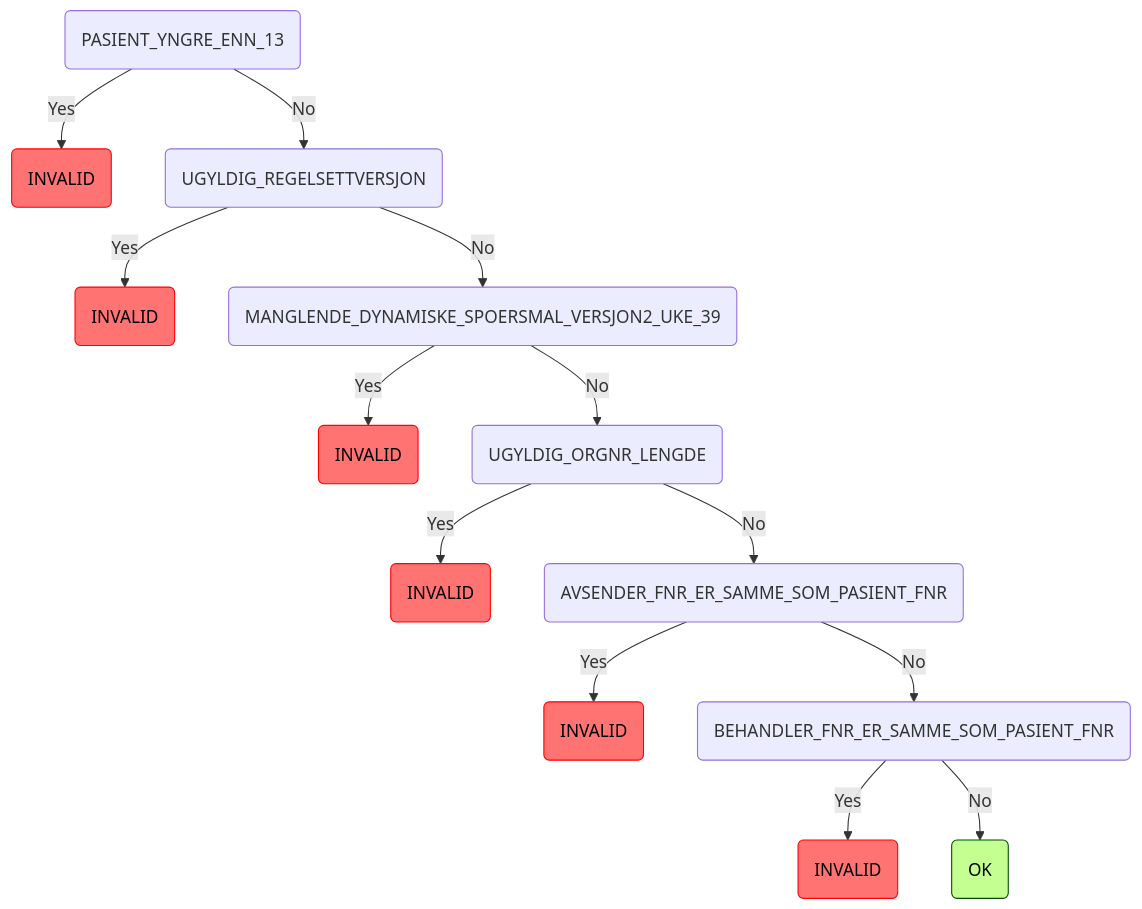
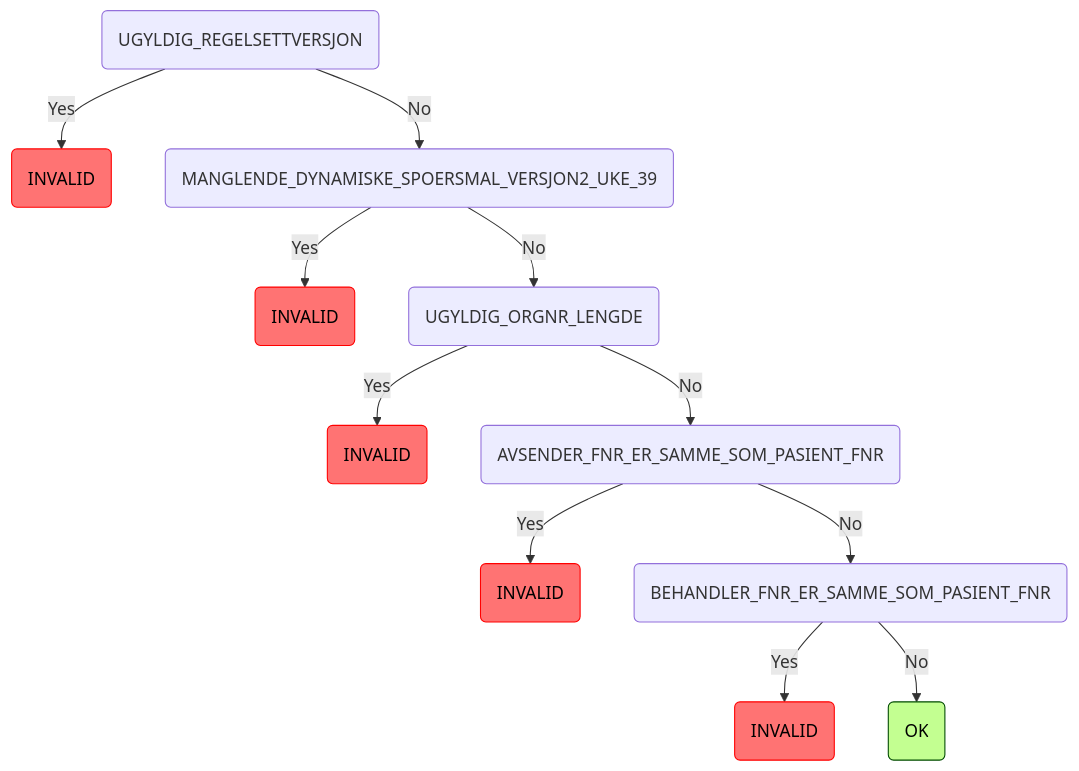
The fifth of 9 diagrams in README.md (navikt/syfosmregler), drawn with Mermaid before and after one commit. The commit also changed 10 other files, not shown here.

````diff
--- a/README.md
+++ b/README.md
@@ -122,18 +122,16 @@
 ```mermaid
 graph TD
-    root(PASIENT_YNGRE_ENN_13) -->|Yes| root_PASIENT_YNGRE_ENN_13_INVALID(INVALID):::invalid
-    root(PASIENT_YNGRE_ENN_13) -->|No| root_PASIENT_YNGRE_ENN_13_UGYLDIG_REGELSETTVERSJON(UGYLDIG_REGELSETTVERSJON)
-    root_PASIENT_YNGRE_ENN_13_UGYLDIG_REGELSETTVERSJON(UGYLDIG_REGELSETTVERSJON) -->|Yes| root_PASIENT_YNGRE_ENN_13_UGYLDIG_REGELSETTVERSJON_INVALID(INVALID):::invalid
-    root_PASIENT_YNGRE_ENN_13_UGYLDIG_REGELSETTVERSJON(UGYLDIG_REGELSETTVERSJON) -->|No| root_PASIENT_YNGRE_ENN_13_UGYLDIG_REGELSETTVERSJON_MANGLENDE_DYNAMISKE_SPOERSMAL_VERSJON2_UKE_39(MANGLENDE_DYNAMISKE_SPOERSMAL_VERSJON2_UKE_39)
-    root_PASIENT_YNGRE_ENN_13_UGYLDIG_REGELSETTVERSJON_MANGLENDE_DYNAMISKE_SPOERSMAL_VERSJON2_UKE_39(MANGLENDE_DYNAMISKE_SPOERSMAL_VERSJON2_UKE_39) -->|Yes| root_PASIENT_YNGRE_ENN_13_UGYLDIG_REGELSETTVERSJON_MANGLENDE_DYNAMISKE_SPOERSMAL_VERSJON2_UKE_39_INVALID(INVALID):::invalid
-    root_PASIENT_YNGRE_ENN_13_UGYLDIG_REGELSETTVERSJON_MANGLENDE_DYNAMISKE_SPOERSMAL_VERSJON2_UKE_39(MANGLENDE_DYNAMISKE_SPOERSMAL_VERSJON2_UKE_39) -->|No| root_PASIENT_YNGRE_ENN_13_UGYLDIG_REGELSETTVERSJON_MANGLENDE_DYNAMISKE_SPOERSMAL_VERSJON2_UKE_39_UGYLDIG_ORGNR_LENGDE(UGYLDIG_ORGNR_LENGDE)
-    root_PASIENT_YNGRE_ENN_13_UGYLDIG_REGELSETTVERSJON_MANGLENDE_DYNAMISKE_SPOERSMAL_VERSJON2_UKE_39_UGYLDIG_ORGNR_LENGDE(UGYLDIG_ORGNR_LENGDE) -->|Yes| root_PASIENT_YNGRE_ENN_13_UGYLDIG_REGELSETTVERSJON_MANGLENDE_DYNAMISKE_SPOERSMAL_VERSJON2_UKE_39_UGYLDIG_ORGNR_LENGDE_INVALID(INVALID):::invalid
-    root_PASIENT_YNGRE_ENN_13_UGYLDIG_REGELSETTVERSJON_MANGLENDE_DYNAMISKE_SPOERSMAL_VERSJON2_UKE_39_UGYLDIG_ORGNR_LENGDE(UGYLDIG_ORGNR_LENGDE) -->|No| root_PASIENT_YNGRE_ENN_13_UGYLDIG_REGELSETTVERSJON_MANGLENDE_DYNAMISKE_SPOERSMAL_VERSJON2_UKE_39_UGYLDIG_ORGNR_LENGDE_AVSENDER_FNR_ER_SAMME_SOM_PASIENT_FNR(AVSENDER_FNR_ER_SAMME_SOM_PASIENT_FNR)
-    root_PASIENT_YNGRE_ENN_13_UGYLDIG_REGELSETTVERSJON_MANGLENDE_DYNAMISKE_SPOERSMAL_VERSJON2_UKE_39_UGYLDIG_ORGNR_LENGDE_AVSENDER_FNR_ER_SAMME_SOM_PASIENT_FNR(AVSENDER_FNR_ER_SAMME_SOM_PASIENT_FNR) -->|Yes| root_PASIENT_YNGRE_ENN_13_UGYLDIG_REGELSETTVERSJON_MANGLENDE_DYNAMISKE_SPOERSMAL_VERSJON2_UKE_39_UGYLDIG_ORGNR_LENGDE_AVSENDER_FNR_ER_SAMME_SOM_PASIENT_FNR_INVALID(INVALID):::invalid
-    root_PASIENT_YNGRE_ENN_13_UGYLDIG_REGELSETTVERSJON_MANGLENDE_DYNAMISKE_SPOERSMAL_VERSJON2_UKE_39_UGYLDIG_ORGNR_LENGDE_AVSENDER_FNR_ER_SAMME_SOM_PASIENT_FNR(AVSENDER_FNR_ER_SAMME_SOM_PASIENT_FNR) -->|No| root_PASIENT_YNGRE_ENN_13_UGYLDIG_REGELSETTVERSJON_MANGLENDE_DYNAMISKE_SPOERSMAL_VERSJON2_UKE_39_UGYLDIG_ORGNR_LENGDE_AVSENDER_FNR_ER_SAMME_SOM_PASIENT_FNR_BEHANDLER_FNR_ER_SAMME_SOM_PASIENT_FNR(BEHANDLER_FNR_ER_SAMME_SOM_PASIENT_FNR)
-    root_PASIENT_YNGRE_ENN_13_UGYLDIG_REGELSETTVERSJON_MANGLENDE_DYNAMISKE_SPOERSMAL_VERSJON2_UKE_39_UGYLDIG_ORGNR_LENGDE_AVSENDER_FNR_ER_SAMME_SOM_PASIENT_FNR_BEHANDLER_FNR_ER_SAMME_SOM_PASIENT_FNR(BEHANDLER_FNR_ER_SAMME_SOM_PASIENT_FNR) -->|Yes| root_PASIENT_YNGRE_ENN_13_UGYLDIG_REGELSETTVERSJON_MANGLENDE_DYNAMISKE_SPOERSMAL_VERSJON2_UKE_39_UGYLDIG_ORGNR_LENGDE_AVSENDER_FNR_ER_SAMME_SOM_PASIENT_FNR_BEHANDLER_FNR_ER_SAMME_SOM_PASIENT_FNR_INVALID(INVALID):::invalid
-    root_PASIENT_YNGRE_ENN_13_UGYLDIG_REGELSETTVERSJON_MANGLENDE_DYNAMISKE_SPOERSMAL_VERSJON2_UKE_39_UGYLDIG_ORGNR_LENGDE_AVSENDER_FNR_ER_SAMME_SOM_PASIENT_FNR_BEHANDLER_FNR_ER_SAMME_SOM_PASIENT_FNR(BEHANDLER_FNR_ER_SAMME_SOM_PASIENT_FNR) -->|No| root_PASIENT_YNGRE_ENN_13_UGYLDIG_REGELSETTVERSJON_MANGLENDE_DYNAMISKE_SPOERSMAL_VERSJON2_UKE_39_UGYLDIG_ORGNR_LENGDE_AVSENDER_FNR_ER_SAMME_SOM_PASIENT_FNR_BEHANDLER_FNR_ER_SAMME_SOM_PASIENT_FNR_OK(OK):::ok
+    root(UGYLDIG_REGELSETTVERSJON) -->|Yes| root_UGYLDIG_REGELSETTVERSJON_INVALID(INVALID):::invalid
+    root(UGYLDIG_REGELSETTVERSJON) -->|No| root_UGYLDIG_REGELSETTVERSJON_MANGLENDE_DYNAMISKE_SPOERSMAL_VERSJON2_UKE_39(MANGLENDE_DYNAMISKE_SPOERSMAL_VERSJON2_UKE_39)
+    root_UGYLDIG_REGELSETTVERSJON_MANGLENDE_DYNAMISKE_SPOERSMAL_VERSJON2_UKE_39(MANGLENDE_DYNAMISKE_SPOERSMAL_VERSJON2_UKE_39) -->|Yes| root_UGYLDIG_REGELSETTVERSJON_MANGLENDE_DYNAMISKE_SPOERSMAL_VERSJON2_UKE_39_INVALID(INVALID):::invalid
+    root_UGYLDIG_REGELSETTVERSJON_MANGLENDE_DYNAMISKE_SPOERSMAL_VERSJON2_UKE_39(MANGLENDE_DYNAMISKE_SPOERSMAL_VERSJON2_UKE_39) -->|No| root_UGYLDIG_REGELSETTVERSJON_MANGLENDE_DYNAMISKE_SPOERSMAL_VERSJON2_UKE_39_UGYLDIG_ORGNR_LENGDE(UGYLDIG_ORGNR_LENGDE)
+    root_UGYLDIG_REGELSETTVERSJON_MANGLENDE_DYNAMISKE_SPOERSMAL_VERSJON2_UKE_39_UGYLDIG_ORGNR_LENGDE(UGYLDIG_ORGNR_LENGDE) -->|Yes| root_UGYLDIG_REGELSETTVERSJON_MANGLENDE_DYNAMISKE_SPOERSMAL_VERSJON2_UKE_39_UGYLDIG_ORGNR_LENGDE_INVALID(INVALID):::invalid
+    root_UGYLDIG_REGELSETTVERSJON_MANGLENDE_DYNAMISKE_SPOERSMAL_VERSJON2_UKE_39_UGYLDIG_ORGNR_LENGDE(UGYLDIG_ORGNR_LENGDE) -->|No| root_UGYLDIG_REGELSETTVERSJON_MANGLENDE_DYNAMISKE_SPOERSMAL_VERSJON2_UKE_39_UGYLDIG_ORGNR_LENGDE_AVSENDER_FNR_ER_SAMME_SOM_PASIENT_FNR(AVSENDER_FNR_ER_SAMME_SOM_PASIENT_FNR)
+    root_UGYLDIG_REGELSETTVERSJON_MANGLENDE_DYNAMISKE_SPOERSMAL_VERSJON2_UKE_39_UGYLDIG_ORGNR_LENGDE_AVSENDER_FNR_ER_SAMME_SOM_PASIENT_FNR(AVSENDER_FNR_ER_SAMME_SOM_PASIENT_FNR) -->|Yes| root_UGYLDIG_REGELSETTVERSJON_MANGLENDE_DYNAMISKE_SPOERSMAL_VERSJON2_UKE_39_UGYLDIG_ORGNR_LENGDE_AVSENDER_FNR_ER_SAMME_SOM_PASIENT_FNR_INVALID(INVALID):::invalid
+    root_UGYLDIG_REGELSETTVERSJON_MANGLENDE_DYNAMISKE_SPOERSMAL_VERSJON2_UKE_39_UGYLDIG_ORGNR_LENGDE_AVSENDER_FNR_ER_SAMME_SOM_PASIENT_FNR(AVSENDER_FNR_ER_SAMME_SOM_PASIENT_FNR) -->|No| root_UGYLDIG_REGELSETTVERSJON_MANGLENDE_DYNAMISKE_SPOERSMAL_VERSJON2_UKE_39_UGYLDIG_ORGNR_LENGDE_AVSENDER_FNR_ER_SAMME_SOM_PASIENT_FNR_BEHANDLER_FNR_ER_SAMME_SOM_PASIENT_FNR(BEHANDLER_FNR_ER_SAMME_SOM_PASIENT_FNR)
+    root_UGYLDIG_REGELSETTVERSJON_MANGLENDE_DYNAMISKE_SPOERSMAL_VERSJON2_UKE_39_UGYLDIG_ORGNR_LENGDE_AVSENDER_FNR_ER_SAMME_SOM_PASIENT_FNR_BEHANDLER_FNR_ER_SAMME_SOM_PASIENT_FNR(BEHANDLER_FNR_ER_SAMME_SOM_PASIENT_FNR) -->|Yes| root_UGYLDIG_REGELSETTVERSJON_MANGLENDE_DYNAMISKE_SPOERSMAL_VERSJON2_UKE_39_UGYLDIG_ORGNR_LENGDE_AVSENDER_FNR_ER_SAMME_SOM_PASIENT_FNR_BEHANDLER_FNR_ER_SAMME_SOM_PASIENT_FNR_INVALID(INVALID):::invalid
+    root_UGYLDIG_REGELSETTVERSJON_MANGLENDE_DYNAMISKE_SPOERSMAL_VERSJON2_UKE_39_UGYLDIG_ORGNR_LENGDE_AVSENDER_FNR_ER_SAMME_SOM_PASIENT_FNR_BEHANDLER_FNR_ER_SAMME_SOM_PASIENT_FNR(BEHANDLER_FNR_ER_SAMME_SOM_PASIENT_FNR) -->|No| root_UGYLDIG_REGELSETTVERSJON_MANGLENDE_DYNAMISKE_SPOERSMAL_VERSJON2_UKE_39_UGYLDIG_ORGNR_LENGDE_AVSENDER_FNR_ER_SAMME_SOM_PASIENT_FNR_BEHANDLER_FNR_ER_SAMME_SOM_PASIENT_FNR_OK(OK):::ok
     classDef ok fill:#c3ff91,stroke:#004a00,color: black;
     classDef invalid fill:#ff7373,stroke:#ff0000,color: black;
     classDef manuell fill:#ffe24f,stroke:#ffd500,color: #473c00;
 ```
````
